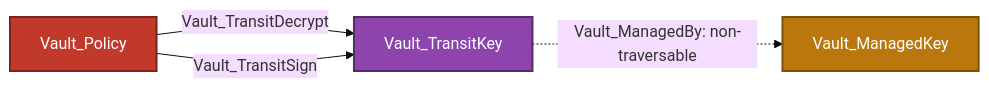
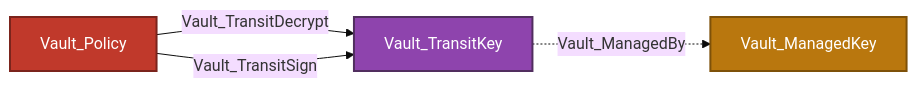
One commit to bytewreck/opengraph-vault changed the third of 3 diagrams in Documentation/stores/MANAGED_KEYS.md. Above: the diagram before and after it, drawn with Mermaid (base theme). The commit also changed other lines of this file and 7 other files, not shown here.

````diff
--- a/Documentation/stores/MANAGED_KEYS.md
+++ b/Documentation/stores/MANAGED_KEYS.md
@@ -153,10 +158,10 @@
 ```mermaid
 flowchart LR
     policy[Vault_Policy]:::policyNode -->|Vault_TransitDecrypt| transit[Vault_TransitKey]:::transitKeyNode
     policy -->|Vault_TransitSign| transit
-    transit -.->|Vault_ManagedBy: non-traversable| managed[Vault_ManagedKey]:::managedKeyNode
+    transit -.->|Vault_ManagedBy| managed[Vault_ManagedKey]:::managedKeyNode
 
     classDef policyNode fill:#C0392B,color:#fff,stroke:#7B241C,stroke-width:2px
     classDef transitKeyNode fill:#8E44AD,color:#fff,stroke:#512E5F,stroke-width:2px
     classDef managedKeyNode fill:#B9770E,color:#fff,stroke:#7E5109,stroke-width:2px
 ```
````
